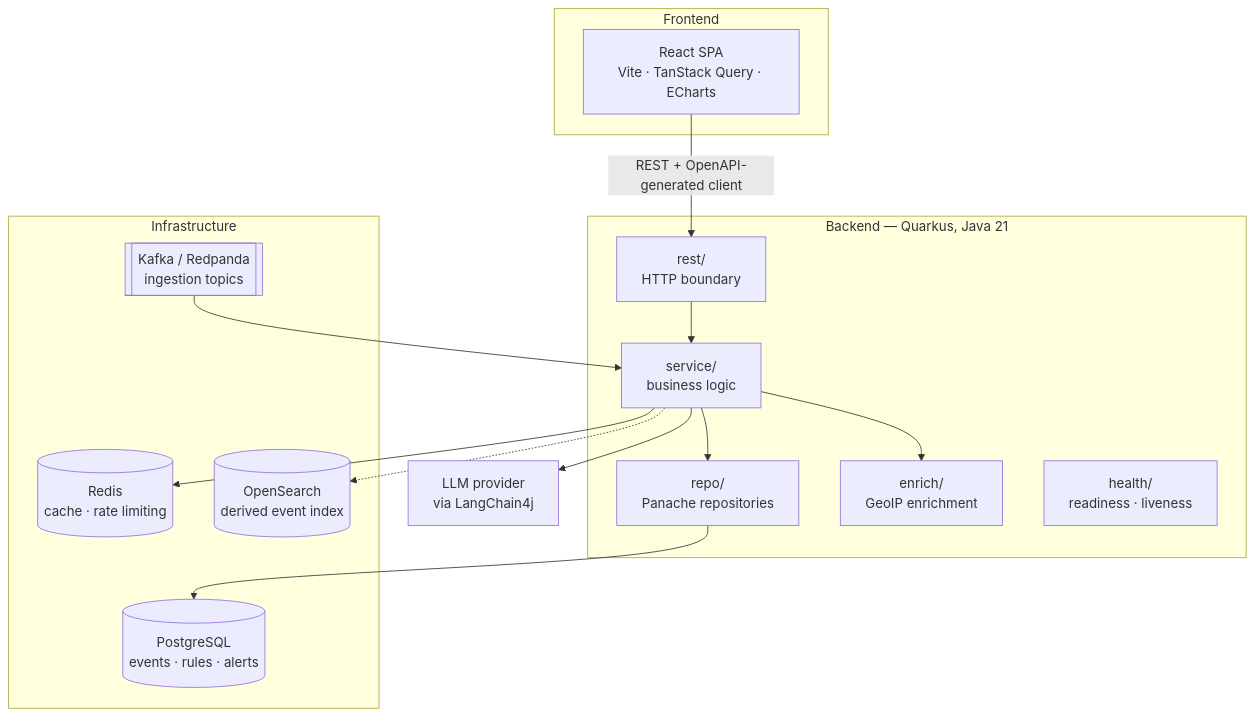
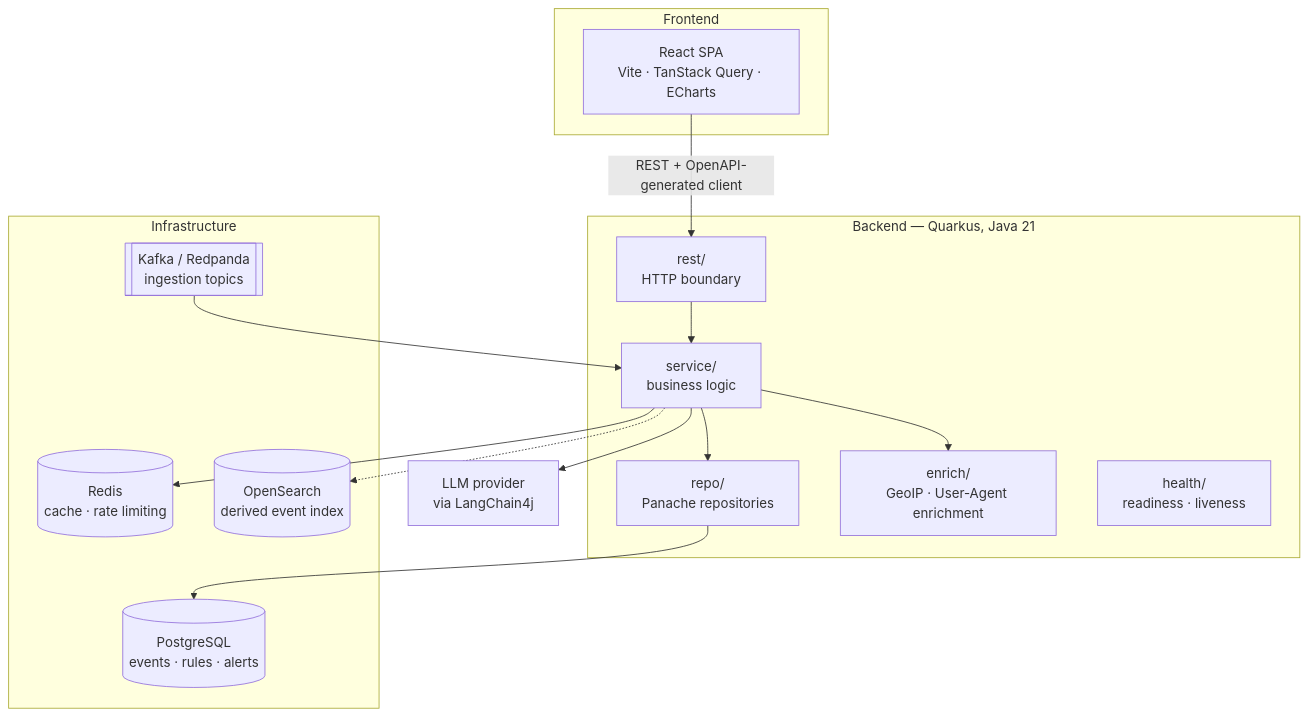
Before and after one commit to AI-SIEM-logs-analyzer/ai-siem-logs-analyzer: the second of 3 diagrams in docs/ARCHITECTURE.md, drawn with Mermaid. The commit also changed other lines of this file and 22 other files, not shown here.

Commit message:
Add User-Agent enrichment with Yauaa (browser, OS, bot detection)

````diff
--- a/docs/ARCHITECTURE.md
+++ b/docs/ARCHITECTURE.md
@@ -41,34 +41,34 @@
 ```mermaid
 %% Placeholder — component boundaries are provisional and will move as features land.
 flowchart TB
     subgraph client[Frontend]
         spa[React SPA<br/>Vite · TanStack Query · ECharts]
     end
 
     subgraph api[Backend — Quarkus, Java 21]
         rest[rest/<br/>HTTP boundary]
         service[service/<br/>business logic]
         repo[repo/<br/>Panache repositories]
-        enrich[enrich/<br/>GeoIP enrichment]
+        enrich[enrich/<br/>GeoIP · User-Agent enrichment]
         health[health/<br/>readiness · liveness]
     end
 
     subgraph infra[Infrastructure]
         pg[(PostgreSQL<br/>events · rules · alerts)]
         redis[(Redis<br/>cache · rate limiting)]
         kafka[[Kafka / Redpanda<br/>ingestion topics]]
         search[(OpenSearch<br/>derived event index)]
     end
 
     llm[LLM provider<br/>via LangChain4j]
 
     spa -->|REST + OpenAPI-generated client| rest
     rest --> service
     service --> repo
     repo --> pg
     service --> redis
     service --> llm
     kafka --> service
     service --> enrich
     service -.-> search
 ```
````
